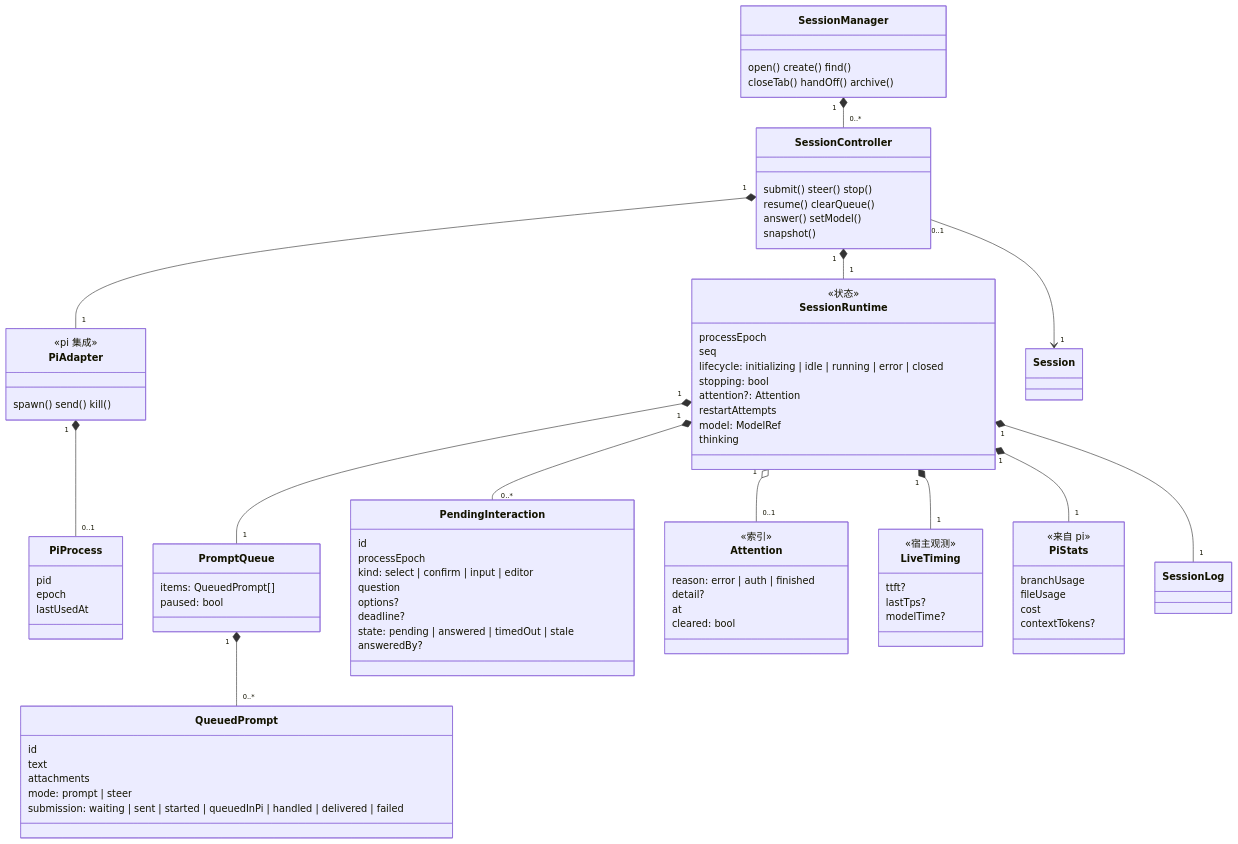
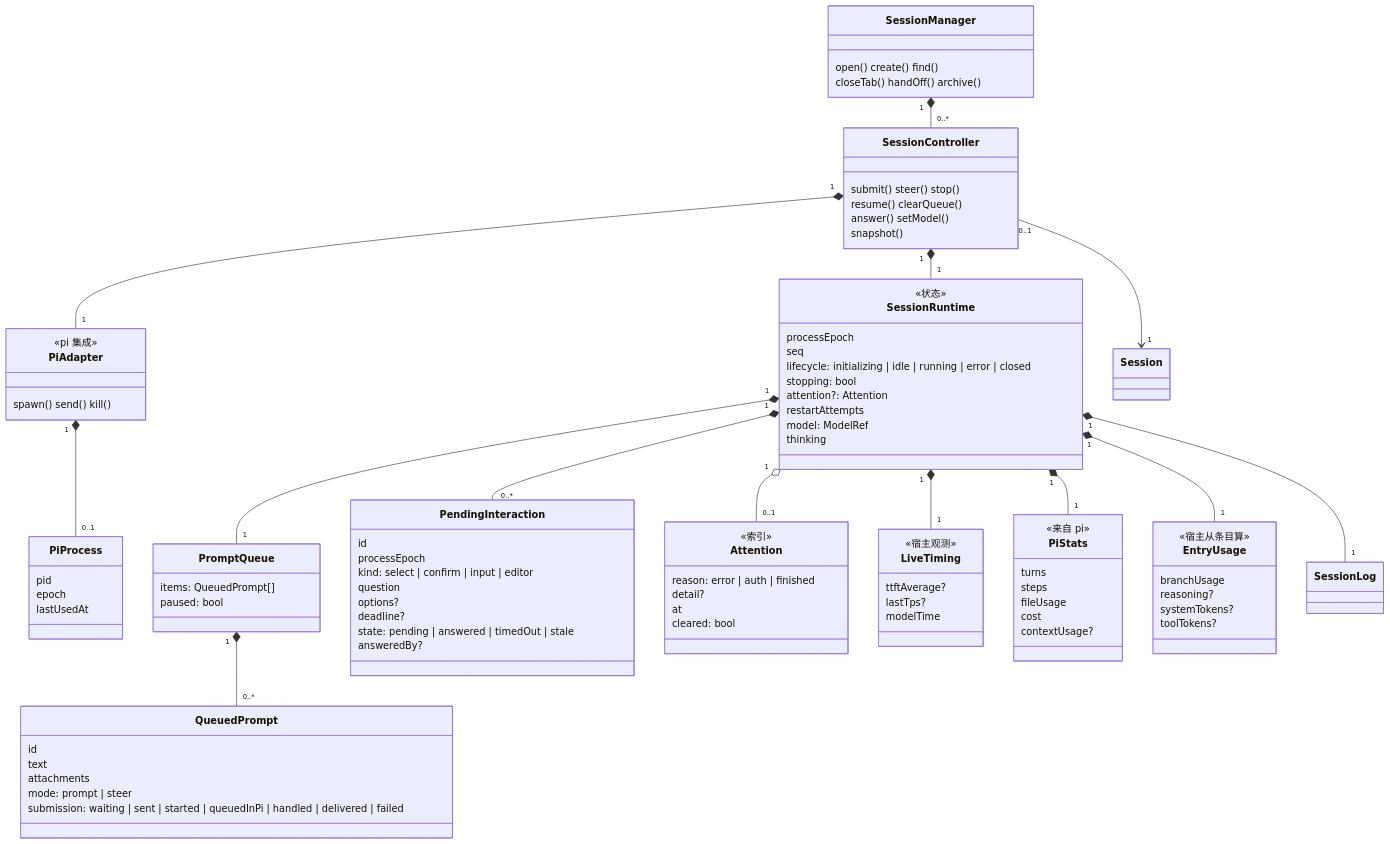
The third of 7 diagrams in docs/architecture/domain-model.md (Wan-Kai/atrium), drawn with Mermaid before and after one commit. The commit also changed other lines of this file and 3 other files, not shown here.

````diff
--- a/docs/architecture/domain-model.md
+++ b/docs/architecture/domain-model.md
@@ -317,16 +317,24 @@
     }
     class LiveTiming {
       <<宿主观测>>
-      ttft?
+      ttftAverage?
       lastTps?
-      modelTime?
+      modelTime
     }
     class PiStats {
       <<来自 pi>>
-      branchUsage
+      turns
+      steps
       fileUsage
       cost
-      contextTokens?
+      contextUsage?
+    }
+    class EntryUsage {
+      <<宿主从条目算>>
+      branchUsage
+      reasoning?
+      systemTokens?
+      toolTokens?
     }
 
     SessionManager "1" *-- "0..*" SessionController
@@ -340,5 +348,6 @@
     SessionRuntime "1" *-- "1" SessionLog
     SessionRuntime "1" *-- "1" LiveTiming
     SessionRuntime "1" *-- "1" PiStats
+    SessionRuntime "1" *-- "1" EntryUsage
     SessionRuntime "1" o-- "0..1" Attention
 ```
````
